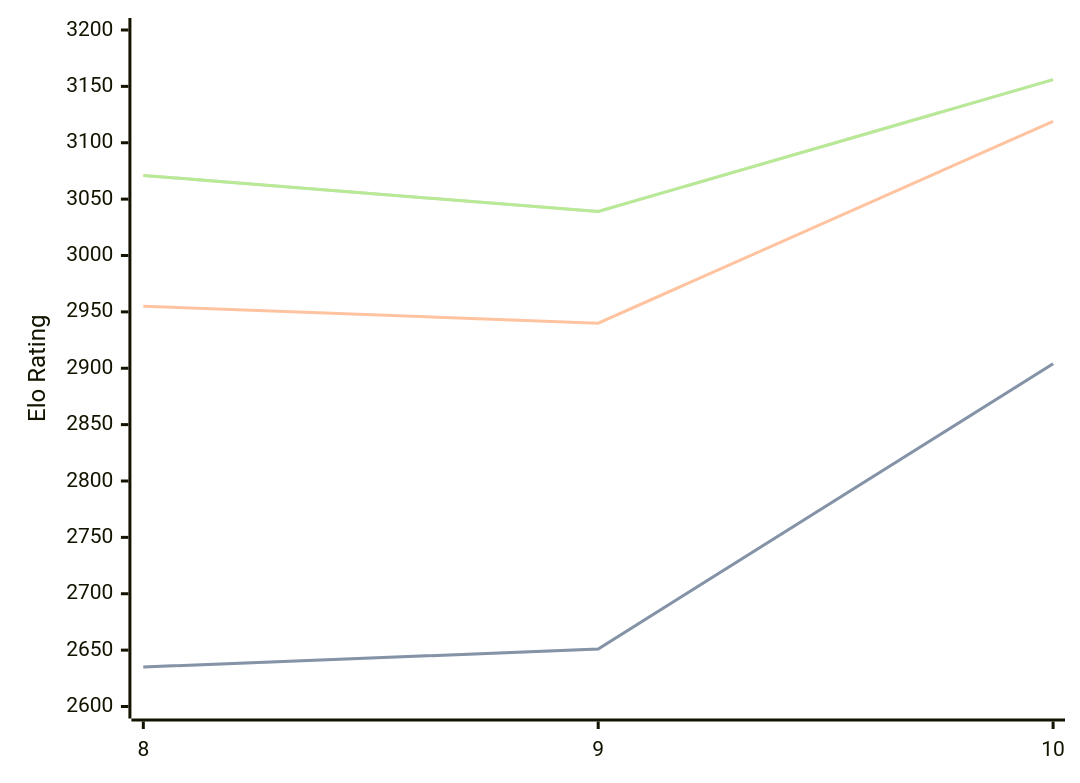
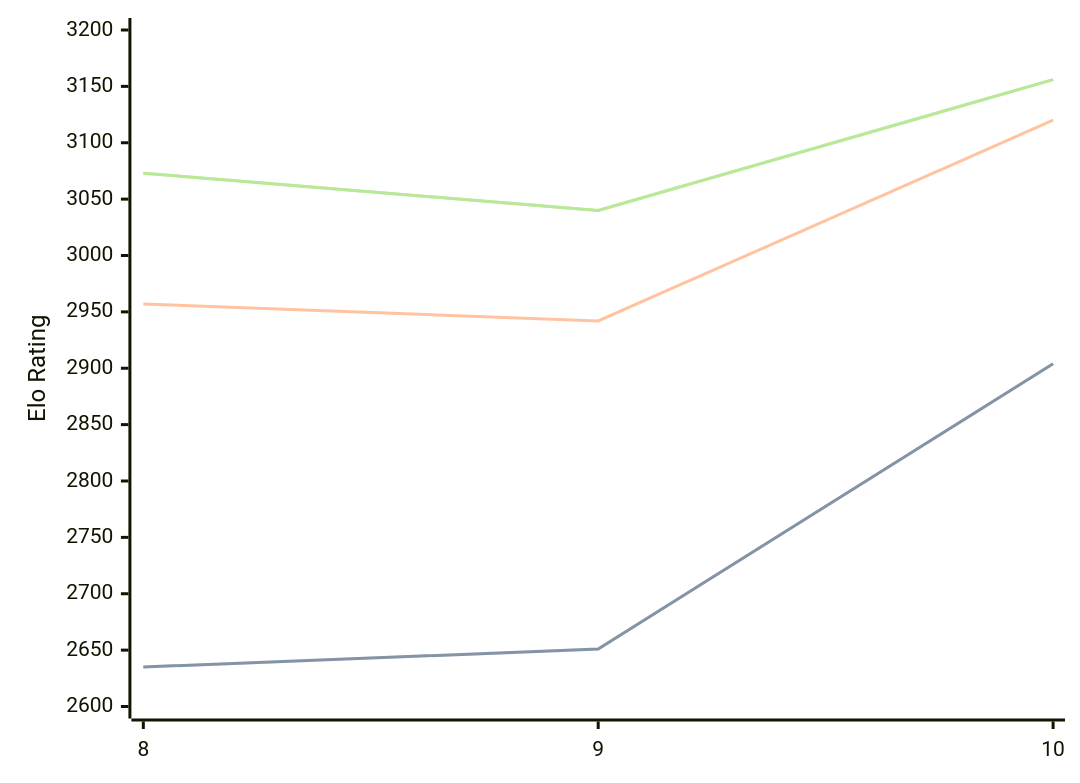
The diagram in engines/Lozza.md (computer-chess-index/cci), drawn with Mermaid before and after one commit. The commit also changed other lines of this file, not shown here.

Commit message:
Update CCI Ratings (ELO VLTC) - 2026-04-22

````diff
--- a/engines/Lozza.md
+++ b/engines/Lozza.md
@@ -41,11 +41,11 @@
 ```mermaid
 %%{init: {"theme":"base","themeVariables":{"seriesColors:['#a3a3a3','#222221','#faa371']}}}%%
 xychart-beta
   x-axis ["8", "9", "10"]
   y-axis "Elo Rating" 2600 --> 3200
   line "STC (8.0+0.08s)" [2635, 2651, 2904]
   line "STC (8.0+0.08s)" [2635, 2651, 2904]
-  line "LTC (60.0+0.60s)" [2955, 2940, 3119]
-  line "VLTC (2m24s+1.12s)" [3071, 3039, 3156]
-  line "VLTC (2m24s+1.12s)" [3071, 3039, 3156]
+  line "LTC (60.0+0.60s)" [2957, 2942, 3120]
+  line "VLTC (2m24s+1.12s)" [3073, 3040, 3156]
+  line "VLTC (2m24s+1.12s)" [3073, 3040, 3156]
 ```
````
